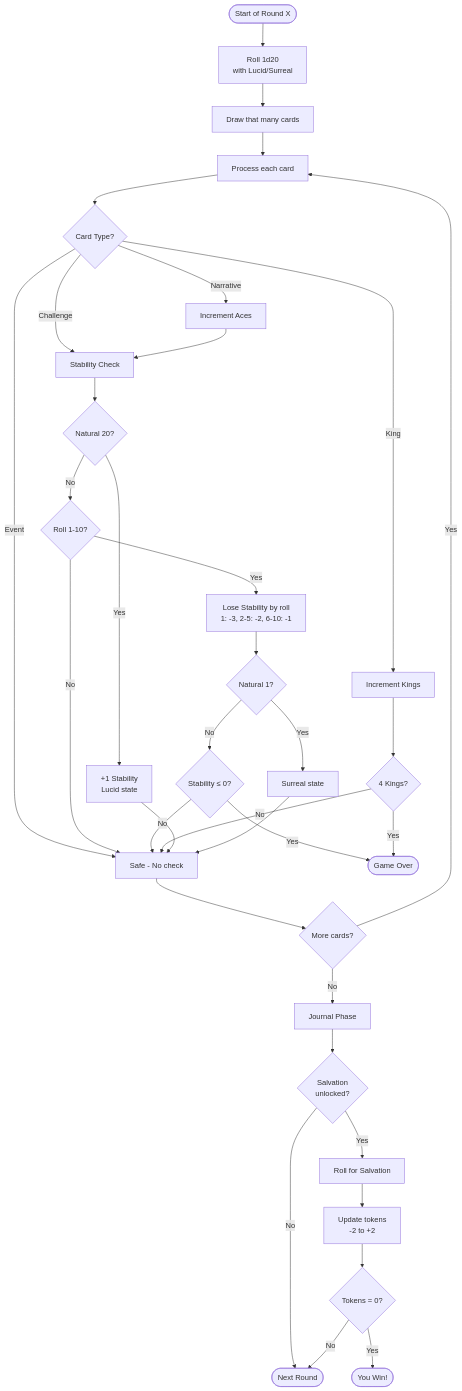
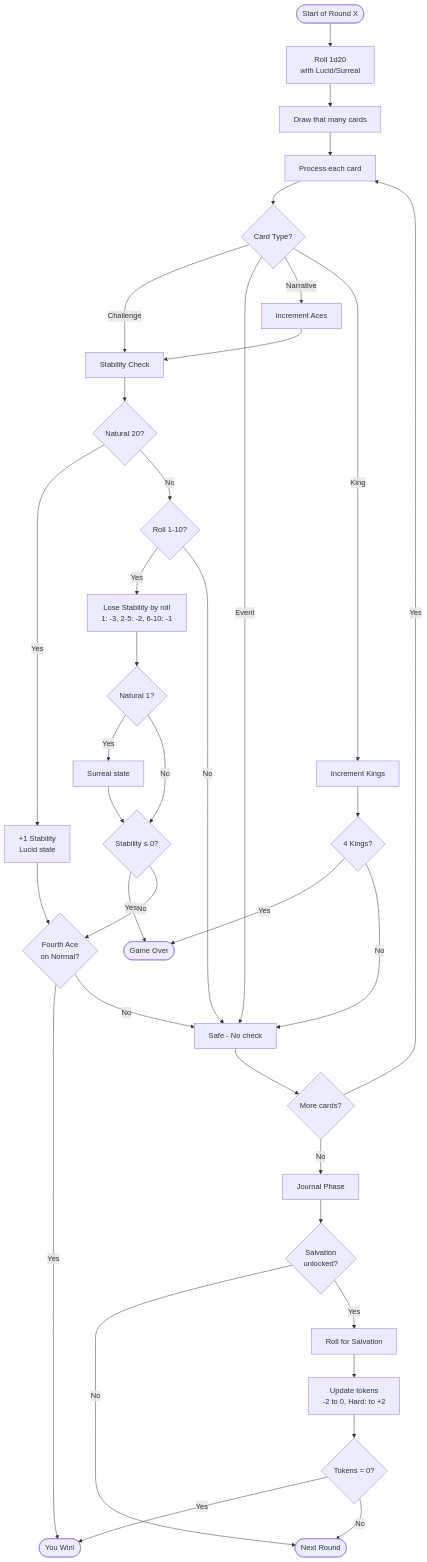
The diagram in docs/d20-mechanics-guide.md (dimm-city/dc-solo-rpg), drawn with Mermaid before and after one commit. The commit also changed other lines of this file and 3 other files, not shown here.

First line of the commit message:
Docs: the Normal, Easy and Hard rules, and the win rates of each

````diff
--- a/docs/d20-mechanics-guide.md
+++ b/docs/d20-mechanics-guide.md
@@ -416,54 +439,56 @@
 ```mermaid
 flowchart TB
     Start([Start of Round X]) --> Roll[Roll 1d20<br/>with Lucid/Surreal]
 
     Roll --> Draw[Draw that many cards]
     Draw --> Process[Process each card]
 
     Process --> CardType{Card Type?}
 
     CardType -->|Challenge| StabCheck[Stability Check]
     CardType -->|Event| Safe[Safe - No check]
     CardType -->|Narrative| Ace[Increment Aces]
     CardType -->|King| King[Increment Kings]
 
     StabCheck --> Nat20{Natural 20?}
     Nat20 -->|Yes| GainStab[+1 Stability<br/>Lucid state]
     Nat20 -->|No| CheckFail{Roll 1-10?}
 
     CheckFail -->|Yes| LoseStab[Lose Stability by roll<br/>1: -3, 2-5: -2, 6-10: -1]
     CheckFail -->|No| Safe
 
     LoseStab --> Nat1{Natural 1?}
     Nat1 -->|Yes| Surreal[Surreal state]
     Nat1 -->|No| CheckDead{Stability ≤ 0?}
 
     CheckDead -->|Yes| Lose[GAME OVER]
-    CheckDead -->|No| Safe
+    CheckDead -->|No| Fourth{Fourth Ace<br/>on Normal?}
+    Fourth -->|Yes| Win
+    Fourth -->|No| Safe
 
     King --> Check4{4 Kings?}
     Check4 -->|Yes| Lose
     Check4 -->|No| Safe
 
     Ace --> StabCheck
-    GainStab --> Safe
-    Surreal --> Safe
+    GainStab --> Fourth
+    Surreal --> CheckDead
     Safe --> More{More cards?}
 
     More -->|Yes| Process
     More -->|No| Journal[Journal Phase]
 
     Journal --> SalvationActive{Salvation<br/>unlocked?}
     SalvationActive -->|No| NextRound
     SalvationActive -->|Yes| SalvRoll[Roll for Salvation]
 
-    SalvRoll --> UpdateTokens[Update tokens<br/>-2 to +2]
+    SalvRoll --> UpdateTokens[Update tokens<br/>-2 to 0, Hard: to +2]
     UpdateTokens --> TokenCheck{Tokens = 0?}
 
     TokenCheck -->|Yes| Win[VICTORY!]
     TokenCheck -->|No| NextRound
 
     NextRound([Next Round])
     Win([You Win!])
     Lose([Game Over])
 ```
````
